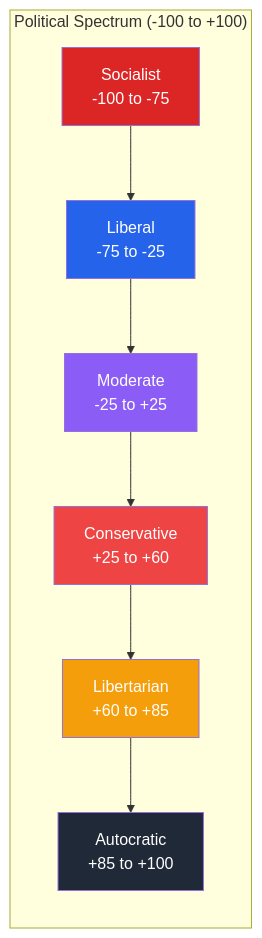
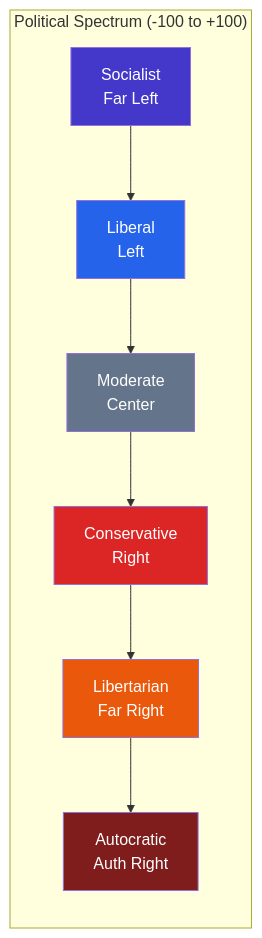
Before and after one commit to nsudhanva/hearsay: the fourth of 11 diagrams in README.md, drawn with Mermaid. The commit also changed other lines of this file and 10 other files, not shown here.

````diff
--- a/README.md
+++ b/README.md
@@ -68,20 +139,20 @@
 ```mermaid
 graph LR
     subgraph Spectrum["Political Spectrum (-100 to +100)"]
-        S["Socialist<br/>-100 to -75"]
-        L["Liberal<br/>-75 to -25"]
-        M["Moderate<br/>-25 to +25"]
-        C["Conservative<br/>+25 to +60"]
-        LB["Libertarian<br/>+60 to +85"]
-        A["Autocratic<br/>+85 to +100"]
+        S["Socialist<br/>Far Left"]
+        L["Liberal<br/>Left"]
+        M["Moderate<br/>Center"]
+        C["Conservative<br/>Right"]
+        LB["Libertarian<br/>Far Right"]
+        A["Autocratic<br/>Auth Right"]
     end
 
     S --> L --> M --> C --> LB --> A
 
-    style S fill:#DC2626,color:#fff
+    style S fill:#4338CA,color:#fff
     style L fill:#2563EB,color:#fff
-    style M fill:#8B5CF6,color:#fff
-    style C fill:#EF4444,color:#fff
-    style LB fill:#F59E0B,color:#fff
-    style A fill:#1F2937,color:#fff
+    style M fill:#64748B,color:#fff
+    style C fill:#DC2626,color:#fff
+    style LB fill:#EA580C,color:#fff
+    style A fill:#7F1D1D,color:#fff
 ```
````
